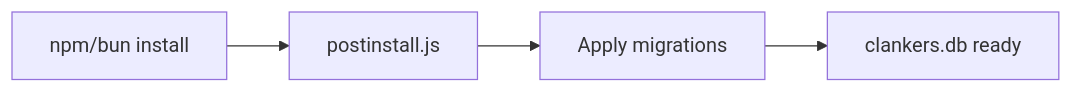
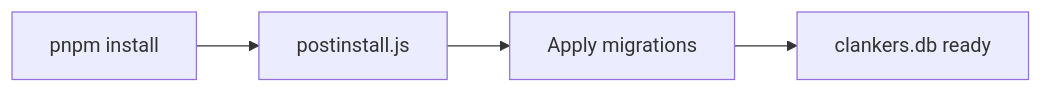
The diagram in lode/installation/postinstall.md (dxta-dev/clankers), drawn with Mermaid before and after one commit. The commit also changed 12 other files, not shown here.

````diff
--- a/lode/installation/postinstall.md
+++ b/lode/installation/postinstall.md
@@ -26,6 +26,6 @@
 ```mermaid
 flowchart LR
-  Install[npm/bun install] --> Postinstall[postinstall.js]
+  Install[pnpm install] --> Postinstall[postinstall.js]
   Postinstall --> Migrate[Apply migrations]
   Migrate --> Ready[clankers.db ready]
 ```
````
